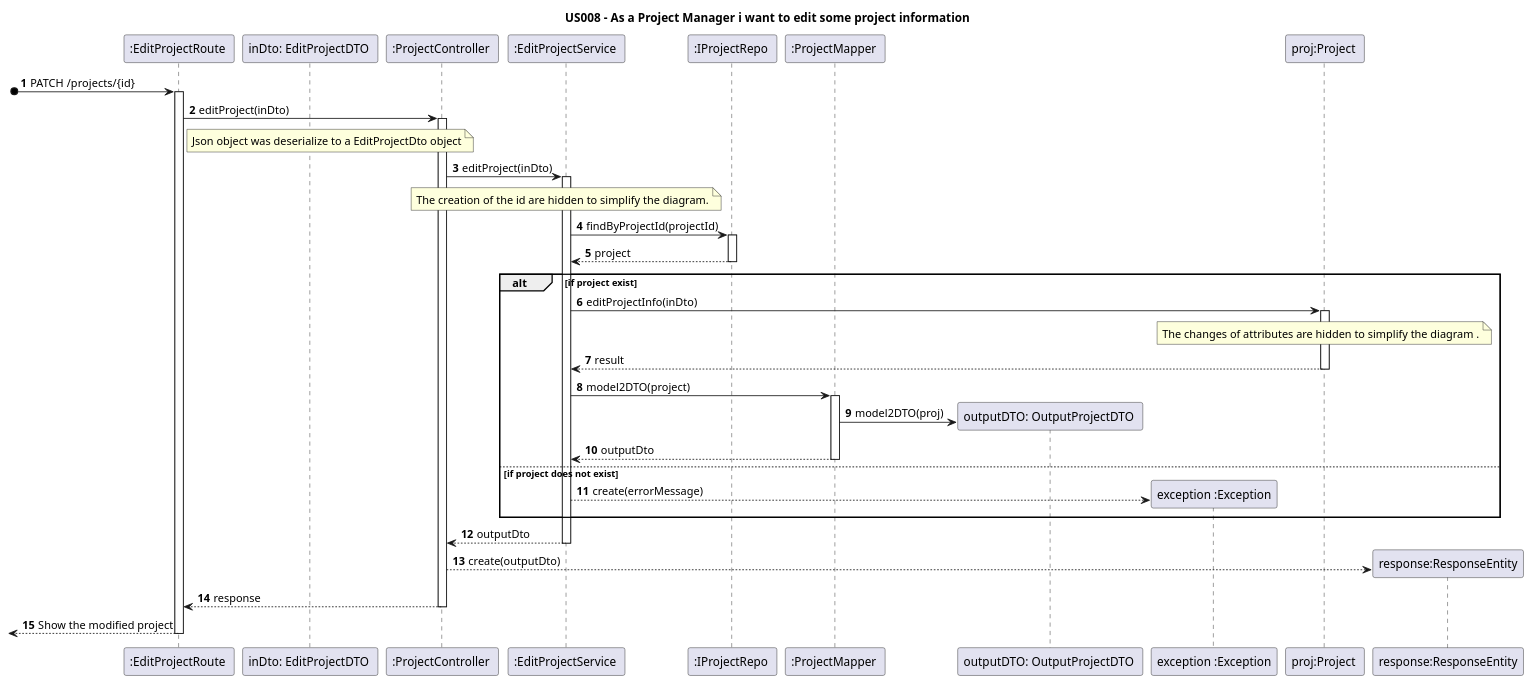
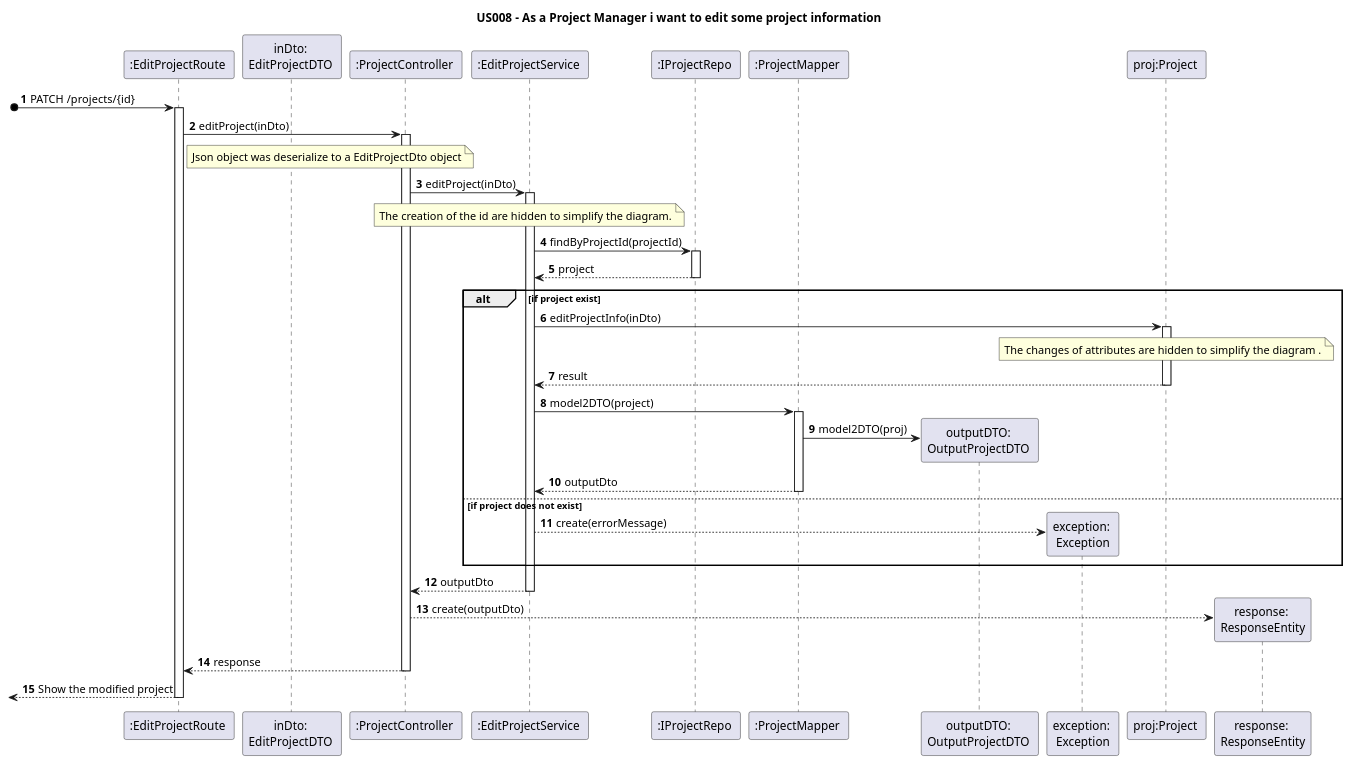
Before and after one commit to nunogon1211787/projectManagement: the diagram in docs/Sprint1/US008/US008-SD.puml, drawn with PlantUML. The commit also changed 12 other files, not shown here.

```diff
--- a/docs/Sprint1/US008/US008-SD.puml
+++ b/docs/Sprint1/US008/US008-SD.puml
@@ -1,63 +1,63 @@
 @startuml
 'https://plantuml.com/class-diagram
 
 title US008 - As a Project Manager i want to edit some project information
 
 autoactivate on
 autonumber
 
 
 participant ":EditProjectRoute " as route
-participant "inDto: EditProjectDTO " as inDto
+participant "inDto: \nEditProjectDTO " as inDto
 participant ":ProjectController " as controller
 participant ":EditProjectService " as service
 participant ":IProjectRepo " as store
 participant ":ProjectMapper " as mapper
-participant "outputDTO: OutputProjectDTO " as dto
-participant "exception :Exception" as exc
+participant "outputDTO: \nOutputProjectDTO " as dto
+participant "exception: \nException" as exc
 participant "proj:Project " as project
-participant "response:ResponseEntity" as json
+participant "response: \nResponseEntity" as json
 
 
 [o->  route: PATCH /projects/{id}
 route -> controller: editProject(inDto)
 
 note right route: Json object was deserialize to a EditProjectDto object
 
 controller -> service: editProject(inDto)
 
 note over service : The creation of the id are hidden to simplify the diagram.
 
 service -> store: findByProjectId(projectId)
 
 store --> service: project
 
 alt if project exist
 
 service -> project: editProjectInfo(inDto)
 
 note over project : The changes of attributes are hidden to simplify the diagram .
 
 project --> service : result
 
 service -> mapper: model2DTO(project)
 
 mapper -> dto**: model2DTO(proj)
 
 mapper --> service: outputDto
 
 else if project does not exist
 service --> exc** : create(errorMessage)
 
 end
 
 service --> controller: outputDto
 
 controller --> json**: create(outputDto)
 
 controller --> route: response
 
 
 [<-- route: Show the modified project
 
 @enduml
```
